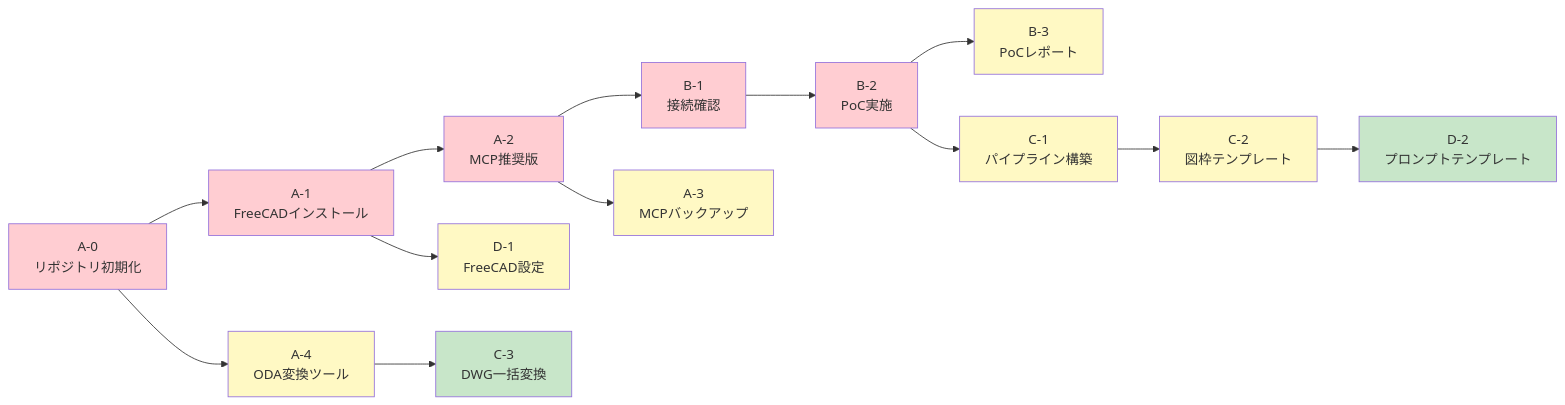
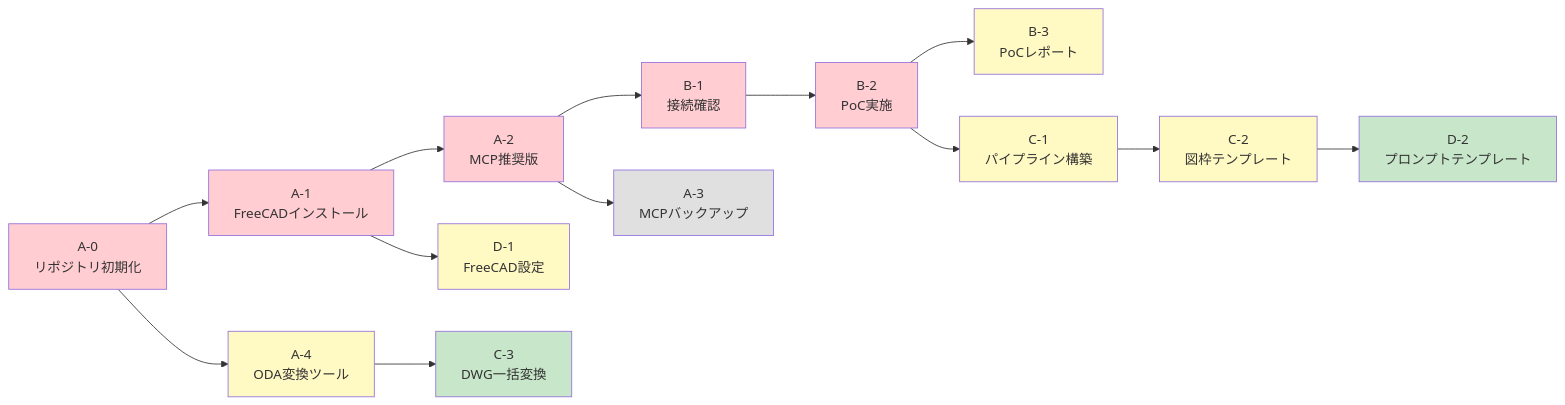
The first of 3 diagrams in docs/05-release-plan.md (Sora-bluesky/draftml), drawn with Mermaid before and after one commit. The commit also changed other lines of this file and 11 other files, not shown here.

````diff
--- a/docs/05-release-plan.md
+++ b/docs/05-release-plan.md
@@ -49,33 +49,33 @@
 ```mermaid
 graph LR
     A0["A-0<br/>リポジトリ初期化"] --> A1["A-1<br/>FreeCADインストール"]
     A1 --> A2["A-2<br/>MCP推奨版"]
     A2 --> B1["B-1<br/>接続確認"]
     B1 --> B2["B-2<br/>PoC実施"]
     B2 --> B3["B-3<br/>PoCレポート"]
 
     A0 --> A4["A-4<br/>ODA変換ツール"]
     A4 --> C3["C-3<br/>DWG一括変換"]
 
     A2 --> A3["A-3<br/>MCPバックアップ"]
 
     B2 --> C1["C-1<br/>パイプライン構築"]
     C1 --> C2["C-2<br/>図枠テンプレート"]
 
     A1 --> D1["D-1<br/>FreeCAD設定"]
     C2 --> D2["D-2<br/>プロンプトテンプレート"]
 
     style A0 fill:#ffcdd2
     style A1 fill:#ffcdd2
     style A2 fill:#ffcdd2
     style B1 fill:#ffcdd2
     style B2 fill:#ffcdd2
-    style A3 fill:#fff9c4
+    style A3 fill:#e0e0e0
     style A4 fill:#fff9c4
     style B3 fill:#fff9c4
     style C1 fill:#fff9c4
     style C2 fill:#fff9c4
     style C3 fill:#c8e6c9
     style D1 fill:#fff9c4
     style D2 fill:#c8e6c9
 ```
````
